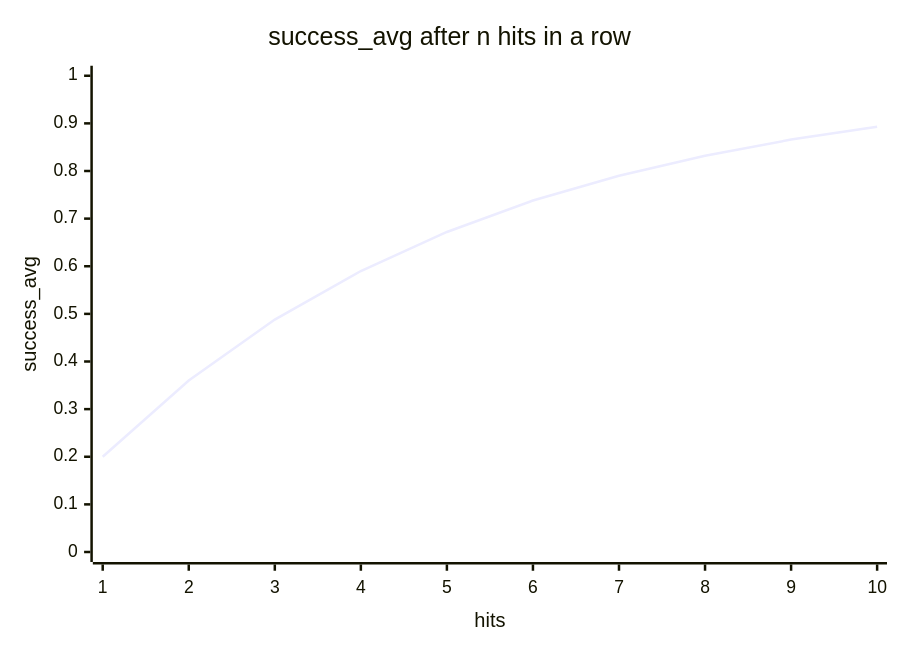
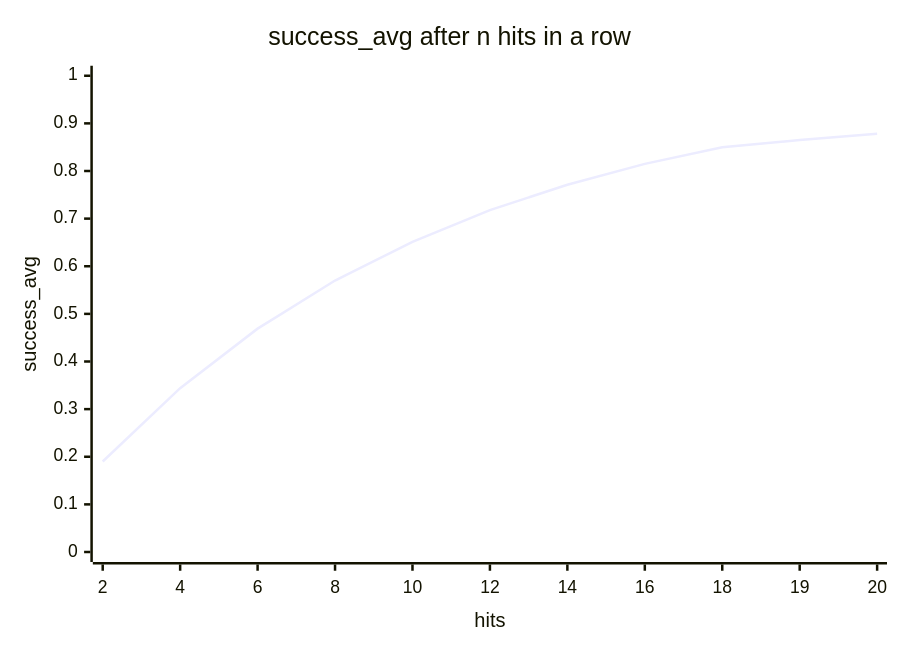
The second of 2 diagrams in docs/requirements/selection.md (DeniseSkidmore/TappyLanguage), drawn with Mermaid before and after one commit. The commit also changed other lines of this file and 14 other files, not shown here.

````diff
--- a/docs/requirements/selection.md
+++ b/docs/requirements/selection.md
@@ -193,7 +208,7 @@
 ```mermaid
 xychart-beta
     title "success_avg after n hits in a row"
-    x-axis "hits" [1, 2, 3, 4, 5, 6, 7, 8, 9, 10]
+    x-axis "hits" [2, 4, 6, 8, 10, 12, 14, 16, 18, 19, 20]
     y-axis "success_avg" 0 --> 1
-    line [0.200, 0.360, 0.488, 0.590, 0.672, 0.738, 0.790, 0.832, 0.866, 0.893]
+    line [0.190, 0.344, 0.469, 0.570, 0.651, 0.718, 0.771, 0.815, 0.850, 0.865, 0.878]
 ```
````
